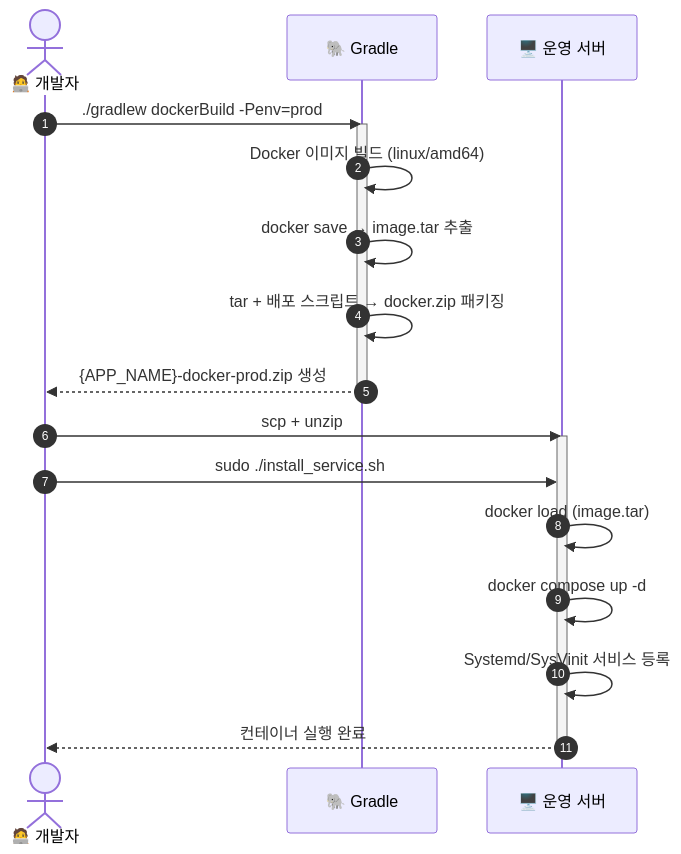
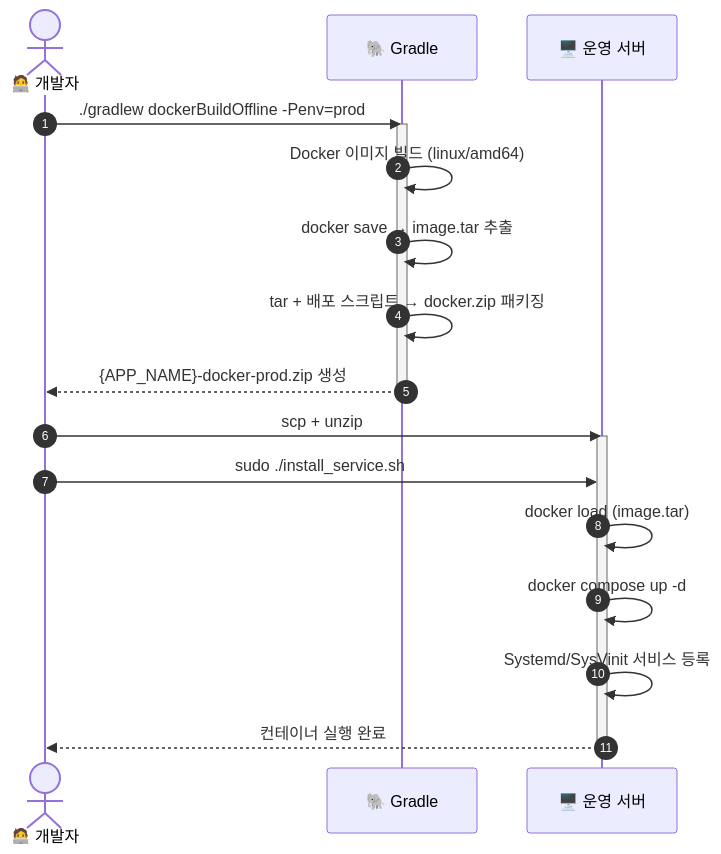
Before and after one commit to MJ-Youn/build-template: the third of 6 diagrams in README.md, drawn with Mermaid. The commit also changed other lines of this file and 2 other files, not shown here.

Commit message:
build 내용 수정

````diff
--- a/README.md
+++ b/README.md
@@ -482,24 +493,24 @@
 ```mermaid
 sequenceDiagram
     autonumber
     actor Dev as 🧑‍💻 개발자
     participant Gradle as 🐘 Gradle
     participant Server as 🖥️ 운영 서버
 
-    Dev->>Gradle: ./gradlew dockerBuild -Penv=prod
+    Dev->>Gradle: ./gradlew dockerBuildOffline -Penv=prod
     activate Gradle
     Gradle->>Gradle: Docker 이미지 빌드 (linux/amd64)
     Gradle->>Gradle: docker save → image.tar 추출
     Gradle->>Gradle: tar + 배포 스크립트 → docker.zip 패키징
     Gradle-->>Dev: {APP_NAME}-docker-prod.zip 생성
     deactivate Gradle
 
     Dev->>Server: scp + unzip
     activate Server
     Dev->>Server: sudo ./install_service.sh
     Server->>Server: docker load (image.tar)
     Server->>Server: docker compose up -d
     Server->>Server: Systemd/SysVinit 서비스 등록
     Server-->>Dev: 컨테이너 실행 완료
     deactivate Server
 ```
````
